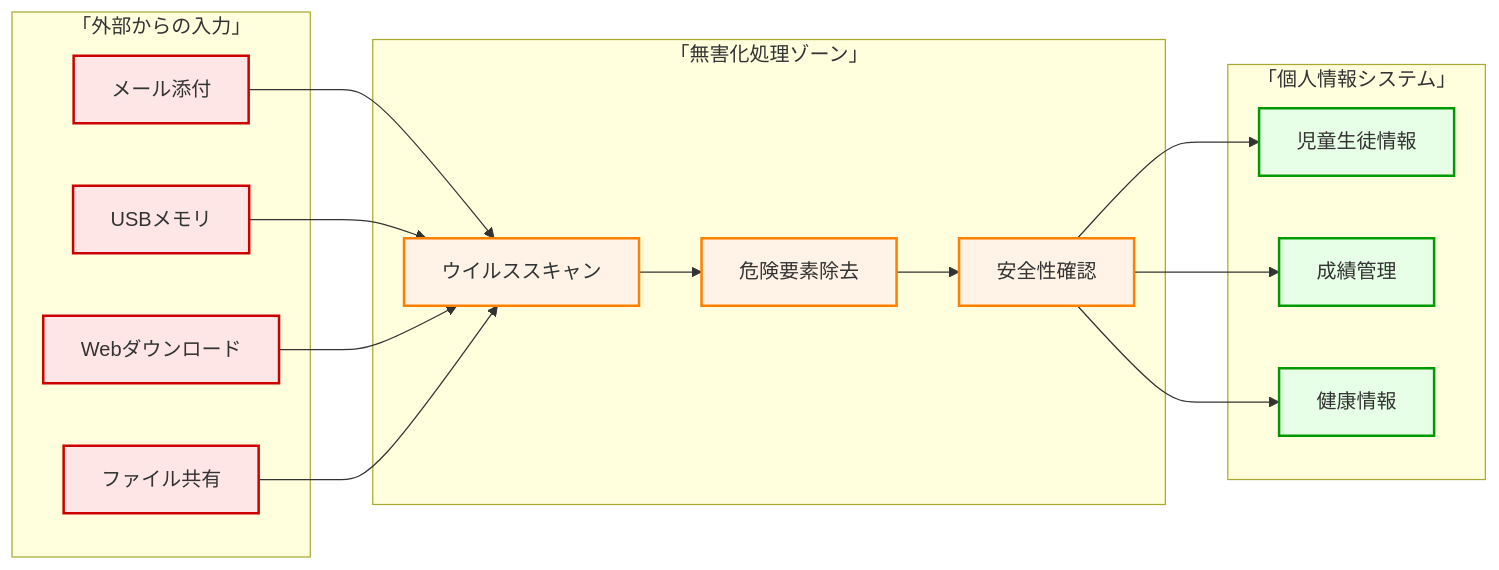
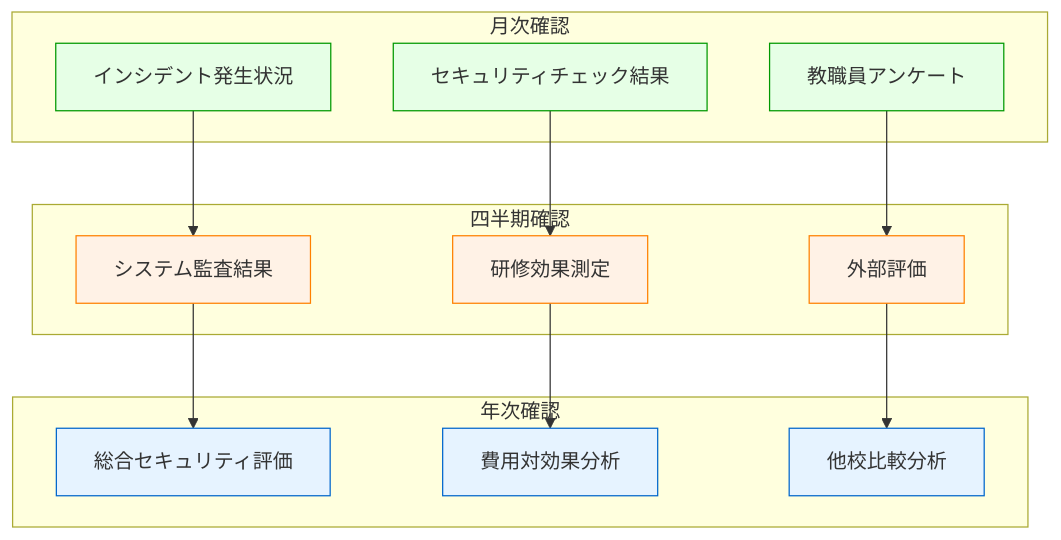
One commit to nahisaho/zenn-writing-collection changed the third of 3 diagrams in books/d87165478af519/chapter12.md. Above: the diagram before and after it, drawn with Mermaid. The commit also changed other lines of this file and 17 other files, not shown here.

````diff
--- a/books/d87165478af519/chapter12.md
+++ b/books/d87165478af519/chapter12.md
@@ -432,41 +850,35 @@
 ```mermaid
-graph LR
-    subgraph 外部[「外部からの入力」]
-        EMAIL[メール添付]
-        USB[USBメモリ]
-        WEB[Webダウンロード]
-        FILE[ファイル共有]
+graph TB
+    subgraph 月次確認
+        M1[インシデント発生状況]
+        M2[セキュリティチェック結果]
+        M3[教職員アンケート]
     end
     
-    subgraph 無害化[「無害化処理ゾーン」]
-        SCAN[ウイルススキャン]
-        CLEAN[危険要素除去]
-        CHECK[安全性確認]
+    subgraph 四半期確認
+        Q1[システム監査結果]
+        Q2[研修効果測定]
+        Q3[外部評価]
     end
     
-    subgraph 個人情報システム[「個人情報システム」]
-        STUDENT[児童生徒情報]
-        GRADE[成績管理]
-        HEALTH[健康情報]
+    subgraph 年次確認
+        Y1[総合セキュリティ評価]
+        Y2[費用対効果分析]
+        Y3[他校比較分析]
     end
     
-    EMAIL --> SCAN
-    USB --> SCAN
-    WEB --> SCAN
-    FILE --> SCAN
+    M1 --> Q1
+    M2 --> Q2  
+    M3 --> Q3
+    Q1 --> Y1
+    Q2 --> Y2
+    Q3 --> Y3
     
-    SCAN --> CLEAN
-    CLEAN --> CHECK
+    classDef monthly fill:#e6ffe6,stroke:#009900,stroke-width:1px
+    classDef quarterly fill:#fff2e6,stroke:#ff8000,stroke-width:1px
+    classDef yearly fill:#e6f3ff,stroke:#0066cc,stroke-width:1px
     
-    CHECK --> STUDENT
-    CHECK --> GRADE
-    CHECK --> HEALTH
-    
-    classDef external fill:#ffe6e6,stroke:#cc0000,stroke-width:2px
-    classDef process fill:#fff2e6,stroke:#ff8000,stroke-width:2px
-    classDef protected fill:#e6ffe6,stroke:#009900,stroke-width:2px
-    
-    class EMAIL,USB,WEB,FILE external
-    class SCAN,CLEAN,CHECK process
-    class STUDENT,GRADE,HEALTH protected
+    class M1,M2,M3 monthly
+    class Q1,Q2,Q3 quarterly
+    class Y1,Y2,Y3 yearly
 ```
````
